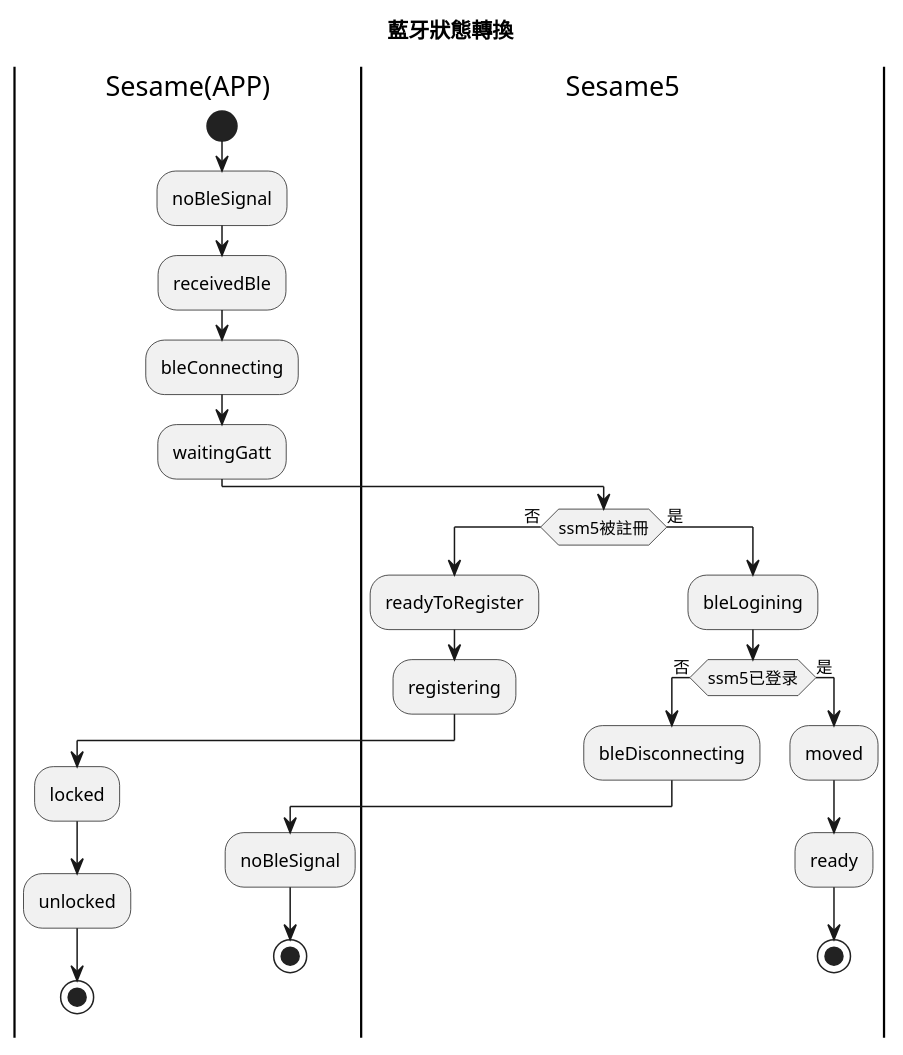
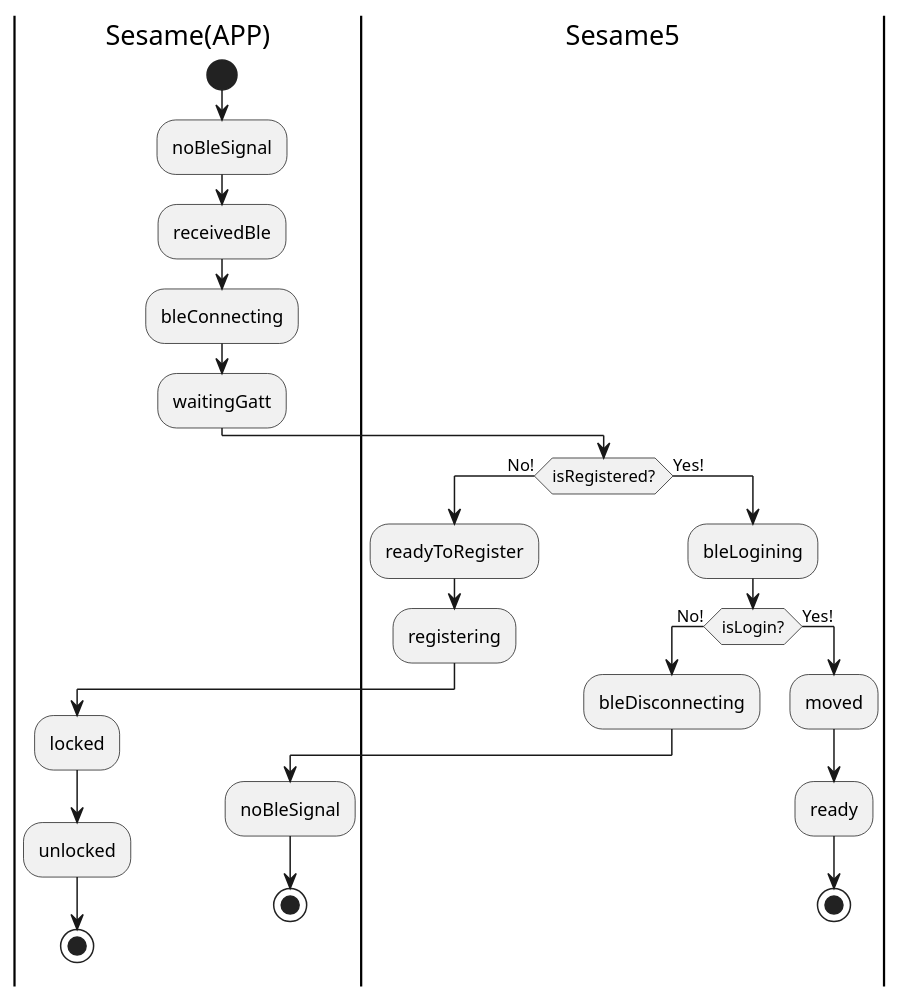
Before and after one commit to CANDY-HOUSE/.github: the diagram in profile/uml/uml_input/p08_statemechine.plantuml, drawn with PlantUML.

```diff
--- a/profile/uml/uml_input/p08_statemechine.plantuml
+++ b/profile/uml/uml_input/p08_statemechine.plantuml
@@ -1,38 +1,37 @@
 @startuml
-title 藍牙狀態轉換
 
 |Sesame(APP)|
 start 
 :noBleSignal;
 :receivedBle;
 :bleConnecting;
 :waitingGatt;
 
 |Sesame5|
-if(ssm5被註冊) then (否)
+if(isRegistered?) then (No!)
   :readyToRegister;
   :registering;
   
   |Sesame(APP)|
   :locked;
   :unlocked;
   stop
-else (是)
+else (Yes!)
   |Sesame5|
   :bleLogining;
 	
-	if(ssm5已登录) then (否)
+	if(isLogin?) then (No!)
 	:bleDisconnecting;
   |Sesame(APP)|
 
 	:noBleSignal;
 stop
-	else (是)
+	else (Yes!)
 	|Sesame5|
 	  :moved;
 		:ready;
 
   stop
 endif
 
 @enduml
```
